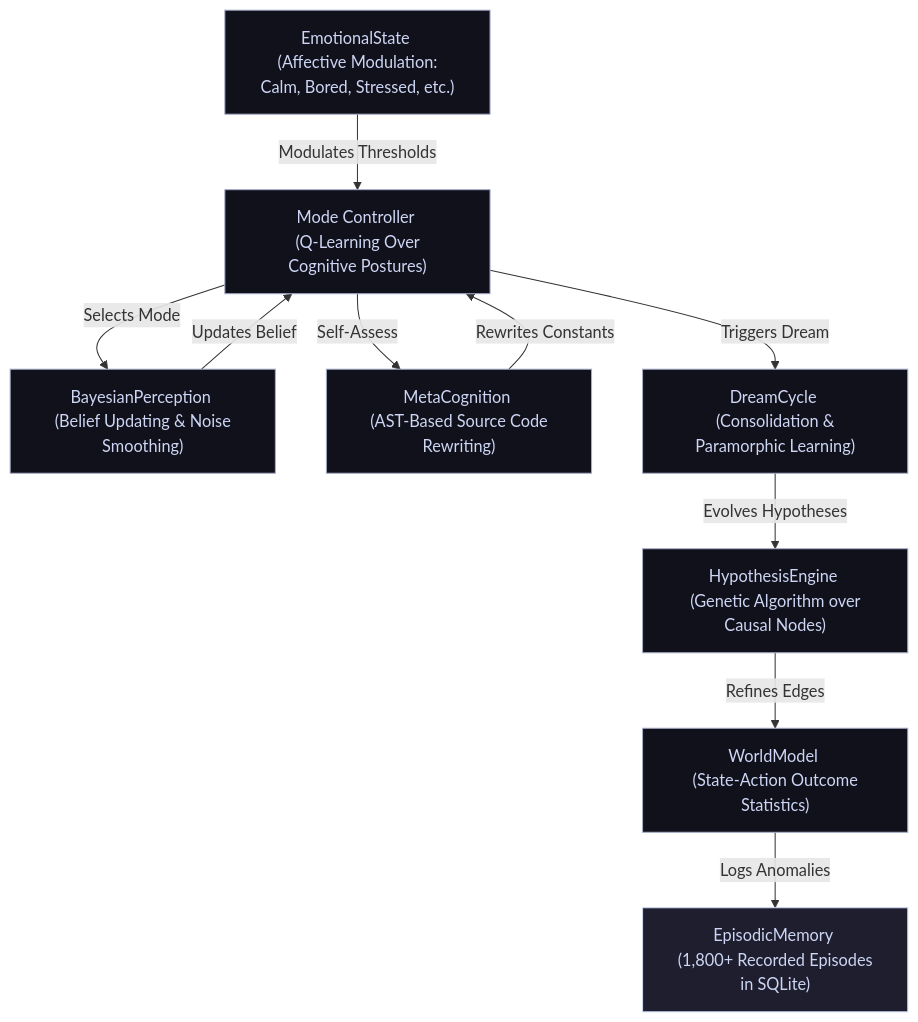
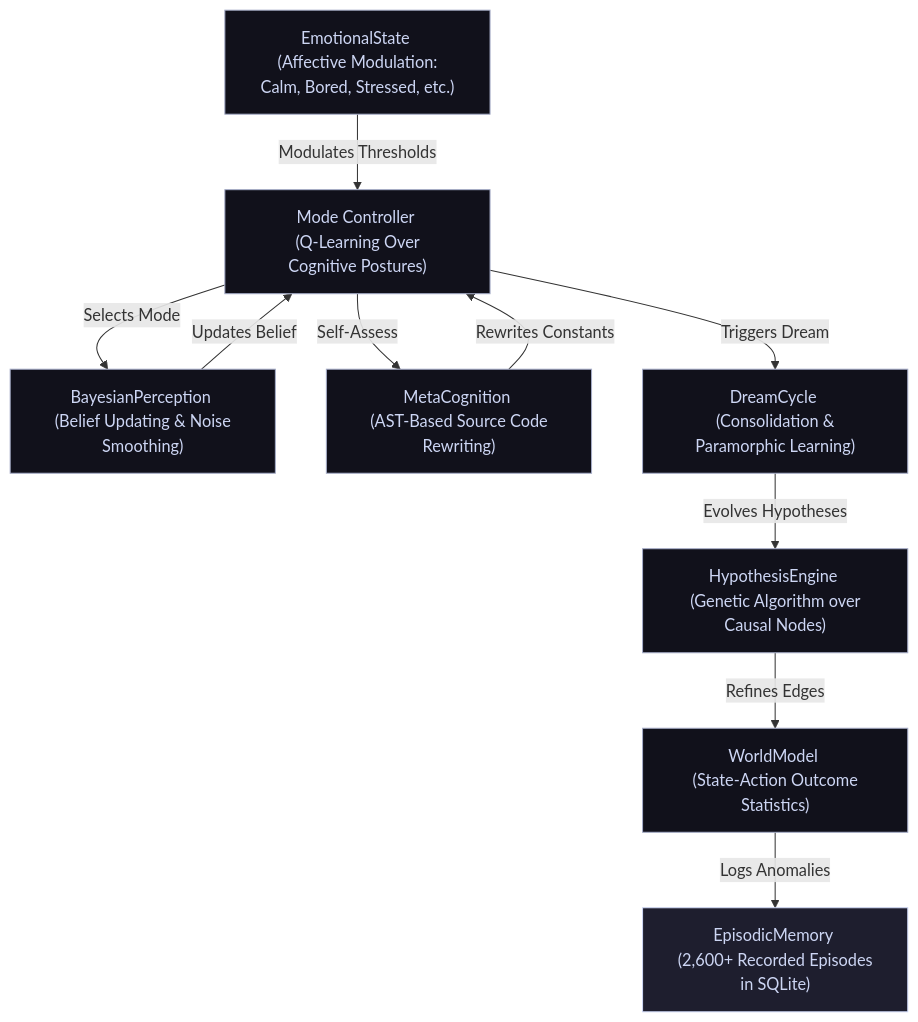
One commit to mematron/Minuet changed the diagram in README.md. Above: the diagram before and after it, drawn with Mermaid.

Commit message:
Update recorded episodes count in README

````diff
--- a/README.md
+++ b/README.md
@@ -33,26 +33,26 @@
 ```mermaid
 graph TD
     %% Styling Configuration
     classDef default fill:#11111b,stroke:#a6adc8,stroke-width:1px,color:#cdd6f4;
     classDef memory fill:#1e1e2e,stroke:#cdd6f4,stroke-width:1px,color:#cdd6f4;
     
     ModeController["Mode Controller <br/> (Q-Learning Over Cognitive Postures)"]
-    EpisodicMemory["EpisodicMemory <br/> (1,800+ Recorded Episodes in SQLite)"]:::memory
+    EpisodicMemory["EpisodicMemory <br/> (2,600+ Recorded Episodes in SQLite)"]:::memory
     BayesianPerception["BayesianPerception <br/> (Belief Updating & Noise Smoothing)"]
     WorldModel["WorldModel <br/> (State-Action Outcome Statistics)"]
     EmotionalState["EmotionalState <br/> (Affective Modulation: Calm, Bored, Stressed, etc.)"]
     HypothesisEngine["HypothesisEngine <br/> (Genetic Algorithm over Causal Nodes)"]
     MetaCognition["MetaCognition <br/> (AST-Based Source Code Rewriting)"]
     DreamCycle["DreamCycle <br/> (Consolidation & Paramorphic Learning)"]
     
     %% Interconnections
     ModeController -->|Selects Mode| BayesianPerception
     BayesianPerception -->|Updates Belief| ModeController
     EmotionalState -->|Modulates Thresholds| ModeController
     ModeController -->|Triggers Dream| DreamCycle
     DreamCycle -->|Evolves Hypotheses| HypothesisEngine
     HypothesisEngine -->|Refines Edges| WorldModel
     WorldModel -->|Logs Anomalies| EpisodicMemory
     ModeController -->|Self-Assess| MetaCognition
     MetaCognition -->|Rewrites Constants| ModeController
 ```
````
